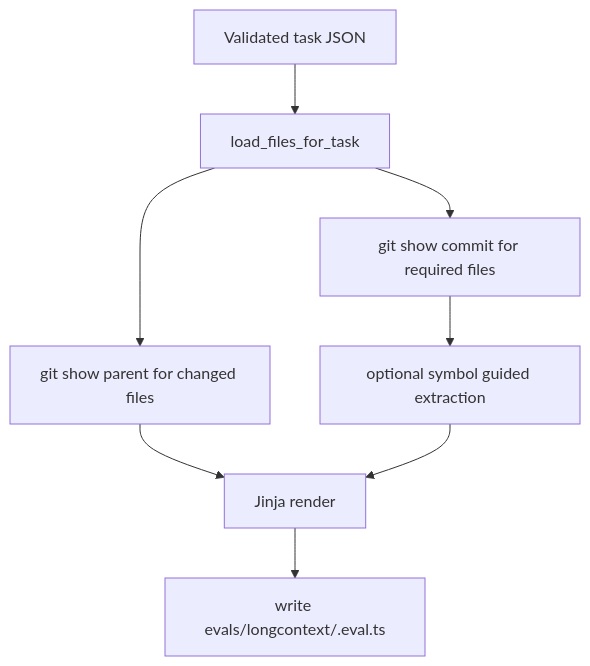
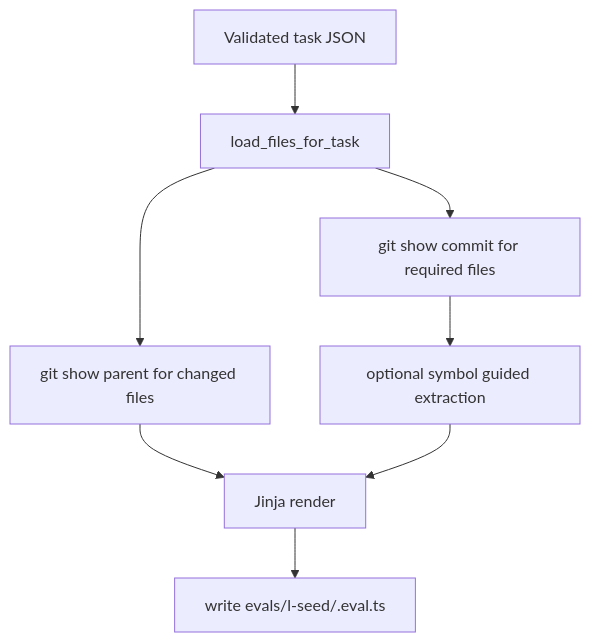
One commit to aasim-maverick/l-seed changed the diagram in docs/CODEGEN_AND_EVAL.md. Above: the diagram before and after it, drawn with Mermaid. The commit also changed other lines of this file and 20 other files, not shown here.

````diff
--- a/docs/CODEGEN_AND_EVAL.md
+++ b/docs/CODEGEN_AND_EVAL.md
@@ -15,10 +15,10 @@
 ```mermaid
 flowchart TD
     A[Validated task JSON] --> B[load_files_for_task]
     B --> C[git show parent for changed files]
     B --> D[git show commit for required files]
     D --> E[optional symbol guided extraction]
     C --> F[Jinja render]
     E --> F
-    F --> G[write evals/longcontext/<task_id>.eval.ts]
+    F --> G[write evals/l-seed/<task_id>.eval.ts]
 ```
````
